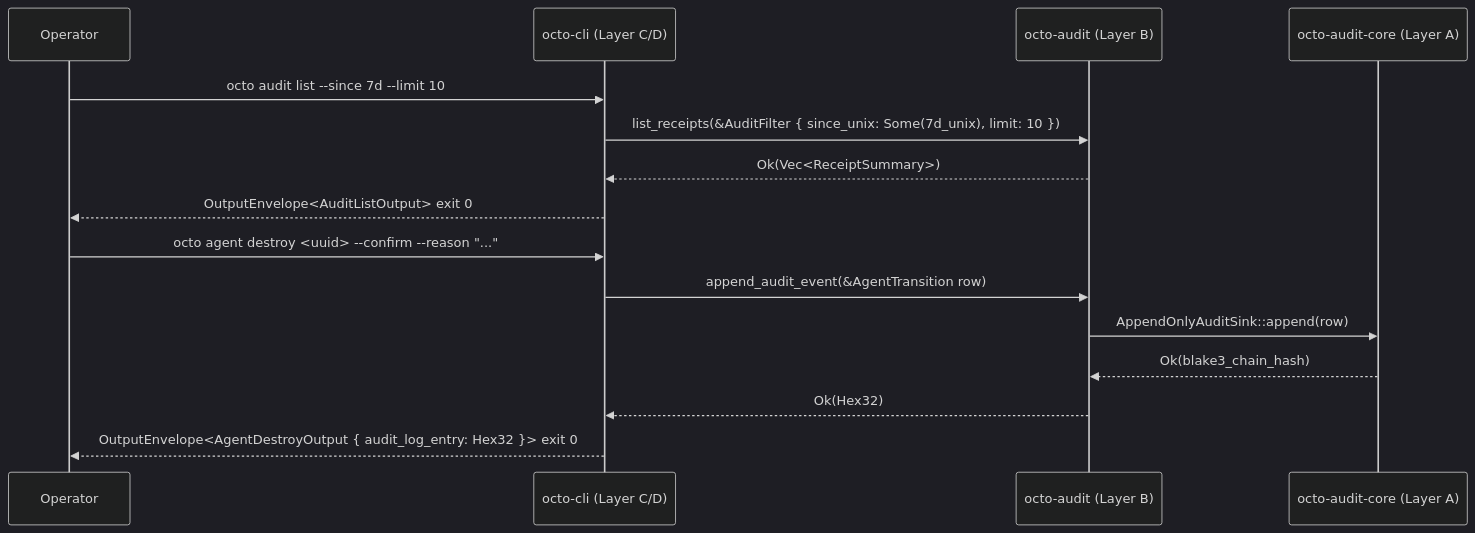
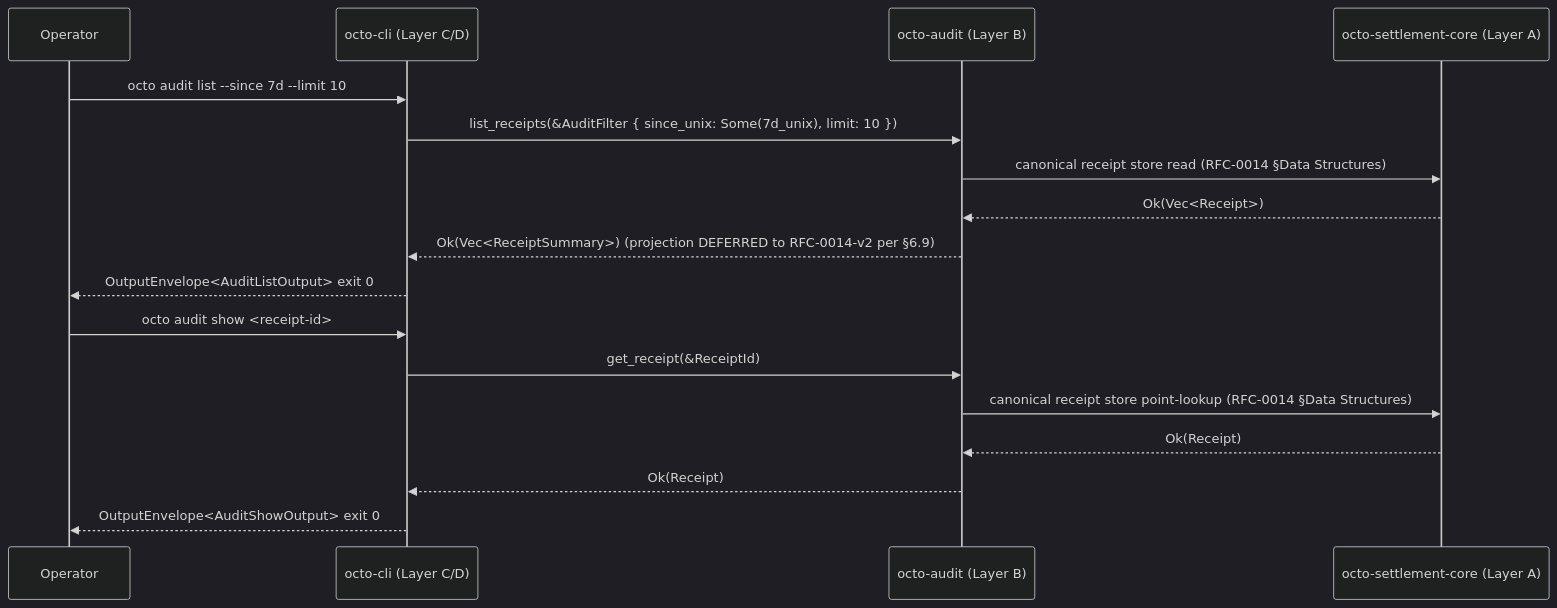
Before and after one commit to CipherOcto/cipherocto: the second of 2 diagrams in rfcs/draft/process/0016-audit-receipt-api.md, drawn with Mermaid (dark theme). The commit also changed other lines of this file and 1 other file, not shown here.

First line of the commit message:
docs(rfcs): RFC R2 scope-cut fixes for 0015 + 0016

````diff
--- a/rfcs/draft/process/0016-audit-receipt-api.md
+++ b/rfcs/draft/process/0016-audit-receipt-api.md
@@ -517,19 +599,21 @@
 ```mermaid
 sequenceDiagram
     participant Op as Operator
     participant CLI as octo-cli (Layer C/D)
     participant Aud as octo-audit (Layer B)
-    participant AudCore as octo-audit-core (Layer A)
+    participant Settle as octo-settlement-core (Layer A)
 
     Op->>CLI: octo audit list --since 7d --limit 10
     CLI->>Aud: list_receipts(&AuditFilter { since_unix: Some(7d_unix), limit: 10 })
-    Aud-->>CLI: Ok(Vec<ReceiptSummary>)
+    Aud->>Settle: canonical receipt store read (RFC-0014 §Data Structures)
+    Settle-->>Aud: Ok(Vec<Receipt>)
+    Aud-->>CLI: Ok(Vec<ReceiptSummary>) (projection DEFERRED to RFC-0014-v2 per §6.9)
     CLI-->>Op: OutputEnvelope<AuditListOutput> exit 0
 
-    Op->>CLI: octo agent destroy <uuid> --confirm --reason "..."
-    CLI->>Aud: append_audit_event(&AgentTransition row)
-    Aud->>AudCore: AppendOnlyAuditSink::append(row)
-    AudCore-->>Aud: Ok(blake3_chain_hash)
-    Aud-->>CLI: Ok(Hex32)
-    CLI-->>Op: OutputEnvelope<AgentDestroyOutput { audit_log_entry: Hex32 }> exit 0
+    Op->>CLI: octo audit show <receipt-id>
+    CLI->>Aud: get_receipt(&ReceiptId)
+    Aud->>Settle: canonical receipt store point-lookup (RFC-0014 §Data Structures)
+    Settle-->>Aud: Ok(Receipt)
+    Aud-->>CLI: Ok(Receipt)
+    CLI-->>Op: OutputEnvelope<AuditShowOutput> exit 0
 ```
````
